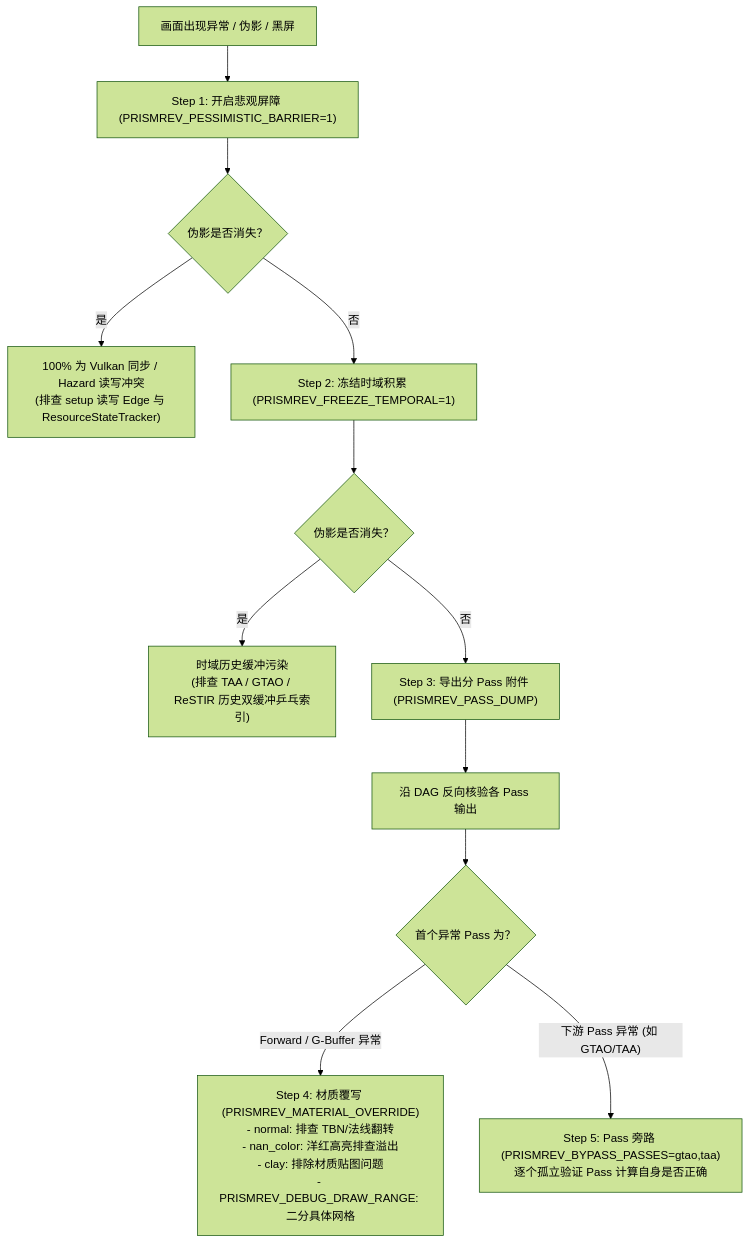
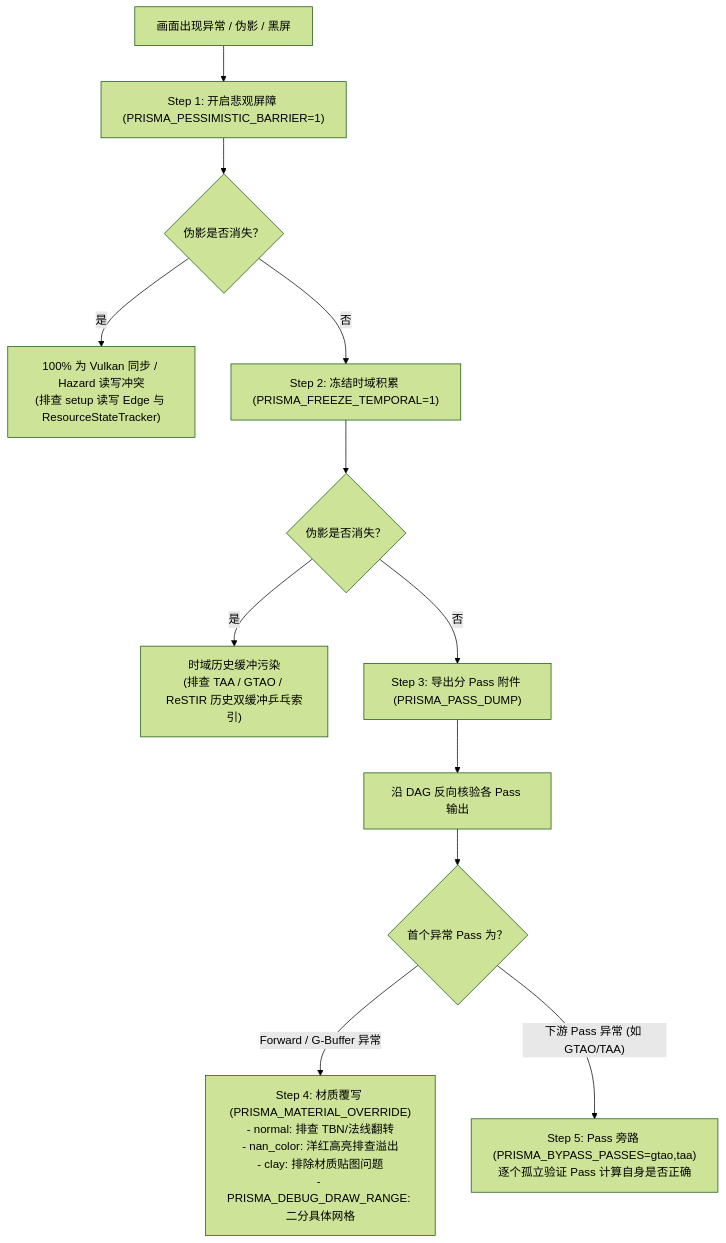
The diagram in docs/rendering-debug-isolation.md (prisma-rust/prisma), drawn with Mermaid (forest theme) before and after one commit. The commit also changed other lines of this file and 152 other files, not shown here.

````diff
--- a/docs/rendering-debug-isolation.md
+++ b/docs/rendering-debug-isolation.md
@@ -11,14 +11,14 @@
 ```mermaid
 flowchart TD
-    A["画面出现异常 / 伪影 / 黑屏"] --> B["Step 1: 开启悲观屏障 (PRISMREV_PESSIMISTIC_BARRIER=1)"]
+    A["画面出现异常 / 伪影 / 黑屏"] --> B["Step 1: 开启悲观屏障 (PRISMA_PESSIMISTIC_BARRIER=1)"]
     B --> C{"伪影是否消失？"}
     C -- "是" --> D["100% 为 Vulkan 同步 / Hazard 读写冲突<br>(排查 setup 读写 Edge 与 ResourceStateTracker)"]
-    C -- "否" --> E["Step 2: 冻结时域积累 (PRISMREV_FREEZE_TEMPORAL=1)"]
+    C -- "否" --> E["Step 2: 冻结时域积累 (PRISMA_FREEZE_TEMPORAL=1)"]
     E --> F{"伪影是否消失？"}
     F -- "是" --> G["时域历史缓冲污染<br>(排查 TAA / GTAO / ReSTIR 历史双缓冲乒乓索引)"]
-    F -- "否" --> H["Step 3: 导出分 Pass 附件 (PRISMREV_PASS_DUMP)"]
+    F -- "否" --> H["Step 3: 导出分 Pass 附件 (PRISMA_PASS_DUMP)"]
     H --> I["沿 DAG 反向核验各 Pass 输出"]
     I --> J{"首个异常 Pass 为？"}
-    J -- "Forward / G-Buffer 异常" --> K["Step 4: 材质覆写 (PRISMREV_MATERIAL_OVERRIDE)<br>- normal: 排查 TBN/法线翻转<br>- nan_color: 洋红高亮排查溢出<br>- clay: 排除材质贴图问题<br>- PRISMREV_DEBUG_DRAW_RANGE: 二分具体网格"]
-    J -- "下游 Pass 异常 (如 GTAO/TAA)" --> L["Step 5: Pass 旁路 (PRISMREV_BYPASS_PASSES=gtao,taa)<br>逐个孤立验证 Pass 计算自身是否正确"]
+    J -- "Forward / G-Buffer 异常" --> K["Step 4: 材质覆写 (PRISMA_MATERIAL_OVERRIDE)<br>- normal: 排查 TBN/法线翻转<br>- nan_color: 洋红高亮排查溢出<br>- clay: 排除材质贴图问题<br>- PRISMA_DEBUG_DRAW_RANGE: 二分具体网格"]
+    J -- "下游 Pass 异常 (如 GTAO/TAA)" --> L["Step 5: Pass 旁路 (PRISMA_BYPASS_PASSES=gtao,taa)<br>逐个孤立验证 Pass 计算自身是否正确"]
 ```
````
